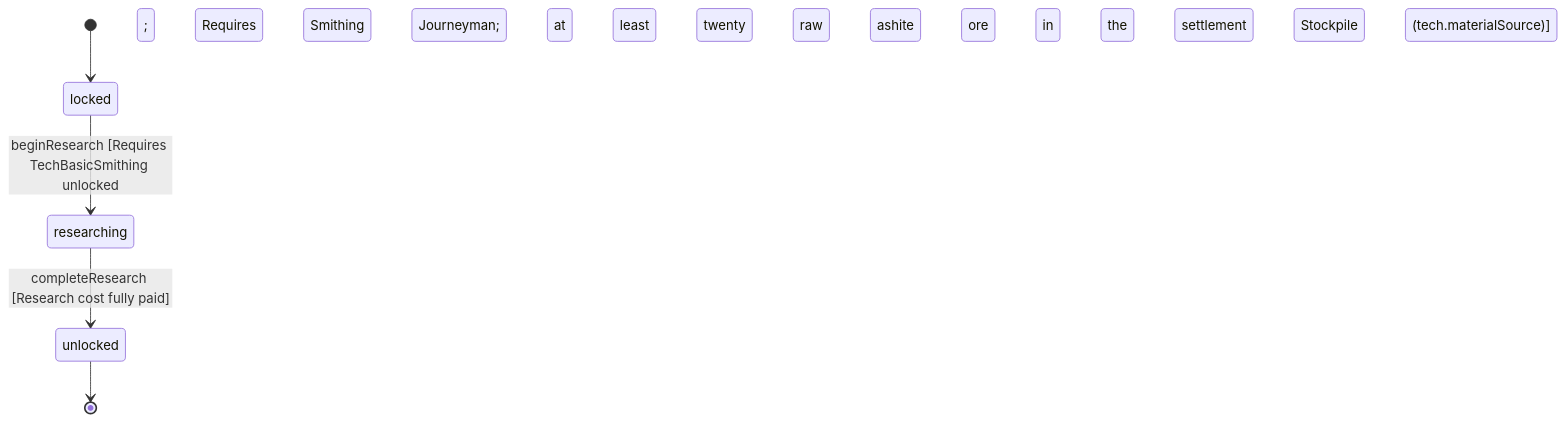
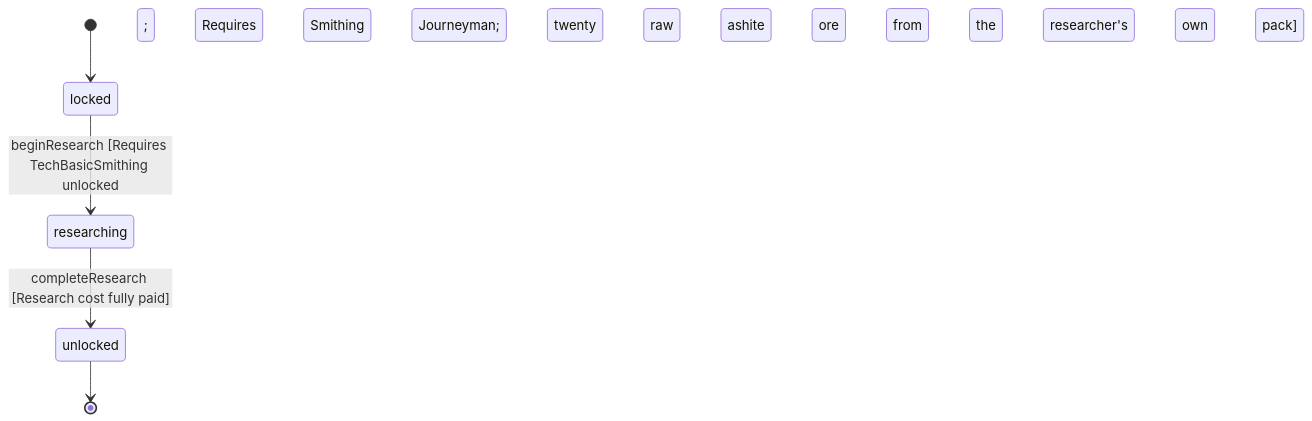
Before and after one commit to Tubaleviao/project-nihon: the diagram in wiki/entities/techmasterforge.md, drawn with Mermaid. The commit also changed other lines of this file and 219 other files, not shown here.

````diff
--- a/wiki/entities/techmasterforge.md
+++ b/wiki/entities/techmasterforge.md
@@ -37,7 +36,7 @@
 ```mermaid
 stateDiagram-v2
   [*] --> locked
-  locked --> researching : beginResearch [Requires TechBasicSmithing unlocked; Requires Smithing Journeyman; Requires at least twenty raw ashite ore in the settlement Stockpile (tech.materialSource)]
+  locked --> researching : beginResearch [Requires TechBasicSmithing unlocked; Requires Smithing Journeyman; Requires twenty raw ashite ore from the researcher's own pack]
   researching --> unlocked : completeResearch [Research cost fully paid]
   unlocked --> [*]
 ```
````
